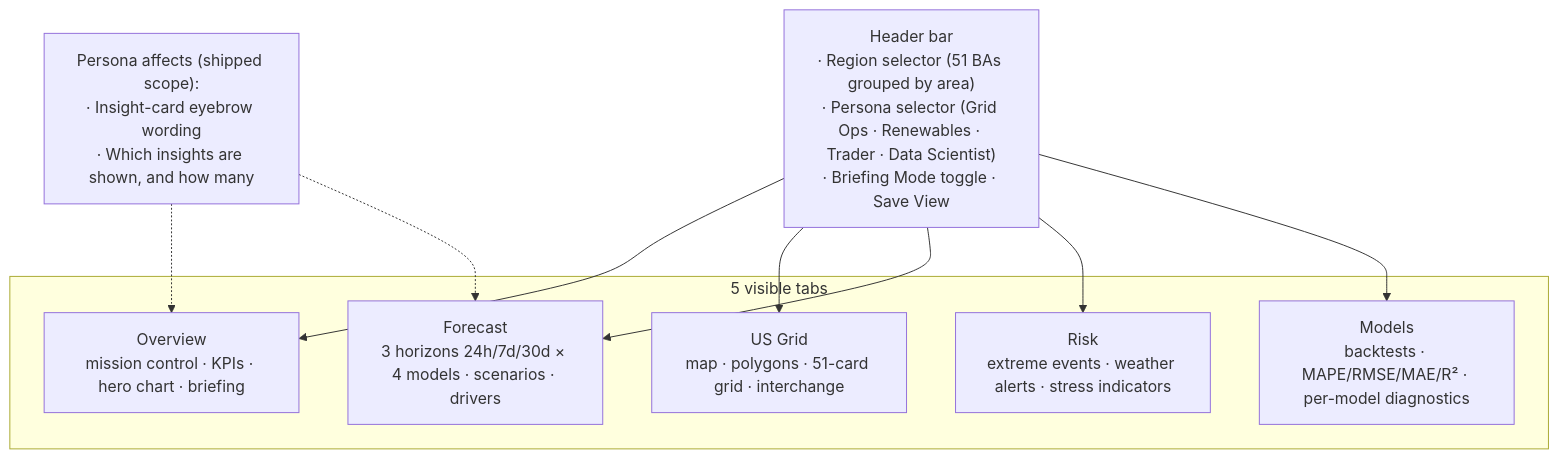
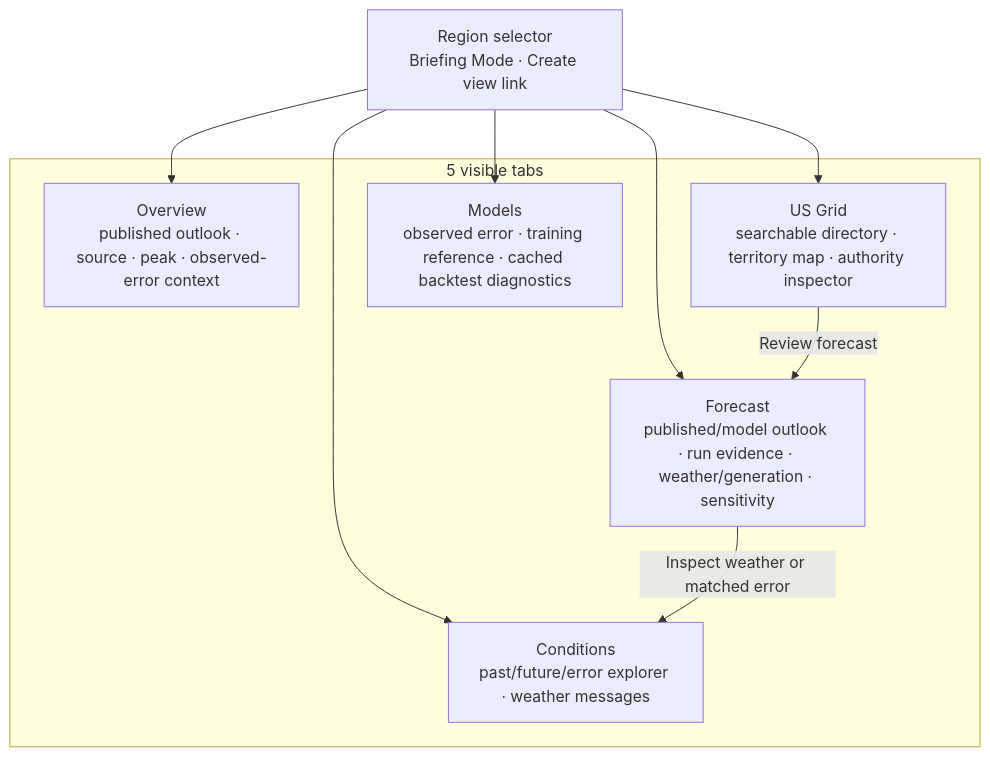
The fifth of 5 diagrams in docs/HOW_IT_WORKS.md (kristenmartino/gridpulse), drawn with Mermaid before and after one commit. The commit also changed other lines of this file and 79 other files, not shown here.

First line of the commit message:
feat(ui): implement reviewed workspace and weather explorer (#658)

````diff
--- a/docs/HOW_IT_WORKS.md
+++ b/docs/HOW_IT_WORKS.md
@@ -430,21 +442,18 @@
 ```mermaid
 flowchart TB
-    Header["Header bar<br/>· Region selector (51 BAs grouped by area)<br/>· Persona selector (Grid Ops · Renewables · Trader · Data Scientist)<br/>· Briefing Mode toggle · Save View"]
-
+    Header["Region selector<br/>Briefing Mode · Create view link"]
     subgraph Tabs["5 visible tabs"]
-        T1[Overview<br/>mission control · KPIs · hero chart · briefing]
-        T2[US Grid<br/>map · polygons · 51-card grid · interchange]
-        T3[Forecast<br/>3 horizons 24h/7d/30d × 4 models · scenarios · drivers]
-        T4[Risk<br/>extreme events · weather alerts · stress indicators]
-        T5[Models<br/>backtests · MAPE/RMSE/MAE/R² · per-model diagnostics]
+        T1["Overview<br/>published outlook · source · peak · observed-error context"]
+        T2["US Grid<br/>searchable directory · territory map · authority inspector"]
+        T3["Forecast<br/>published/model outlook · run evidence · weather/generation · sensitivity"]
+        T4["Conditions<br/>past/future/error explorer · weather messages"]
+        T5["Models<br/>observed error · training reference · cached backtest diagnostics"]
     end
-
     Header --> T1
     Header --> T2
     Header --> T3
     Header --> T4
     Header --> T5
-
-    Personas["Persona affects (shipped scope):<br/>· Insight-card eyebrow wording<br/>· Which insights are shown, and how many"] -.-> T1
-    Personas -.-> T3
+    T2 -->|Review forecast| T3
+    T3 -->|Inspect weather or matched error| T4
 ```
````
